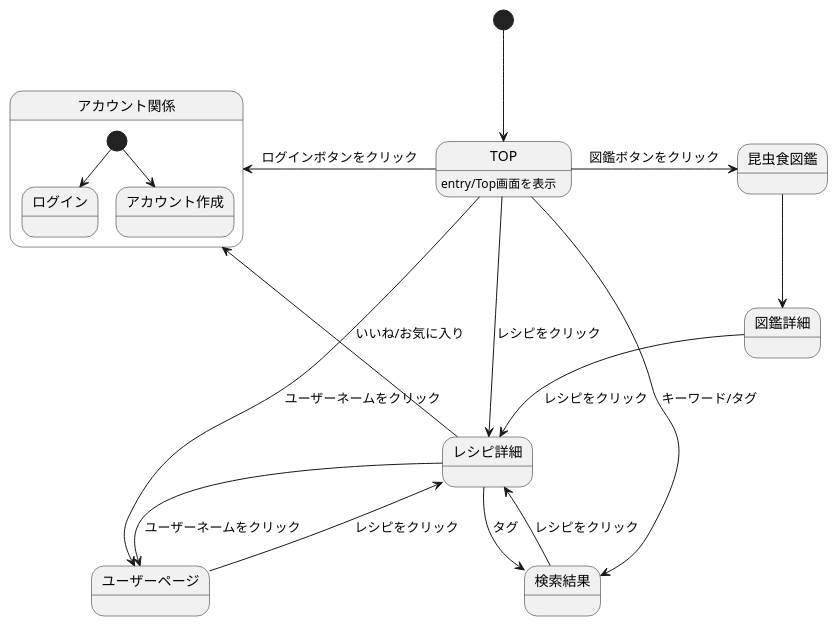
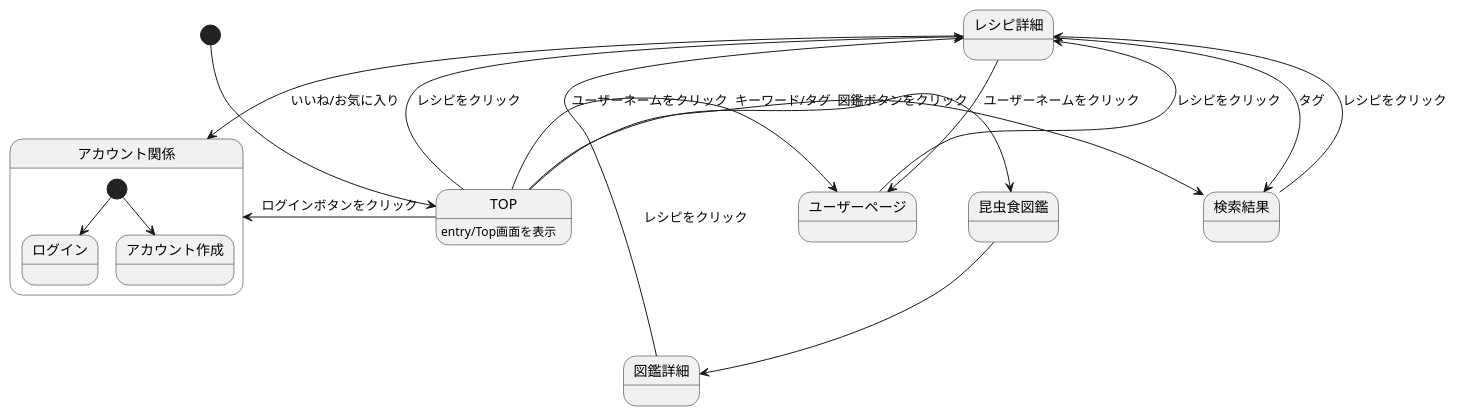
Before and after one commit to ASO2001040/bugbug-design: the diagram in ScreenTransitionDiagram.md, drawn with PlantUML.

````diff
--- a/ScreenTransitionDiagram.md
+++ b/ScreenTransitionDiagram.md
@@ -1,24 +1,24 @@
 ```uml
 @startuml
 [*]-->TOP
 
 TOP : entry/Top画面を表示
 TOP-left->アカウント関係: ログインボタンをクリック
 TOP->昆虫食図鑑: 図鑑ボタンをクリック
 TOP->ユーザーページ: ユーザーネームをクリック
-TOP->レシピ詳細: レシピをクリック
+TOP-left->レシピ詳細: レシピをクリック
 TOP->検索結果: キーワード/タグ
 ユーザーページ-->レシピ詳細: レシピをクリック
 レシピ詳細-->ユーザーページ: ユーザーネームをクリック
 レシピ詳細-->検索結果: タグ
 レシピ詳細-->アカウント関係: いいね/お気に入り
 検索結果-->レシピ詳細: レシピをクリック
 昆虫食図鑑-->図鑑詳細
 図鑑詳細-->レシピ詳細: レシピをクリック
 
 state アカウント関係 {
  [*] --> ログイン
  [*] --> アカウント作成
  }
 @enduml
 ```
````
